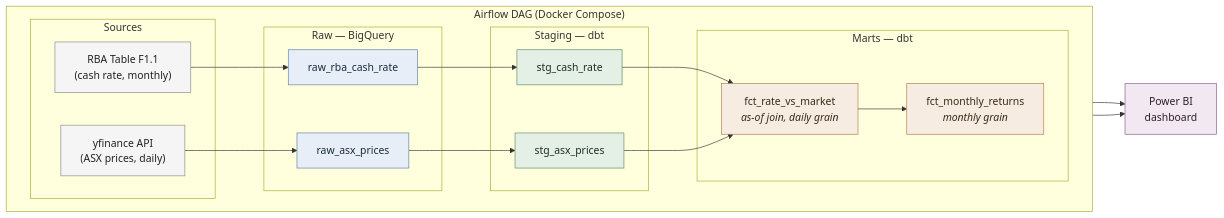
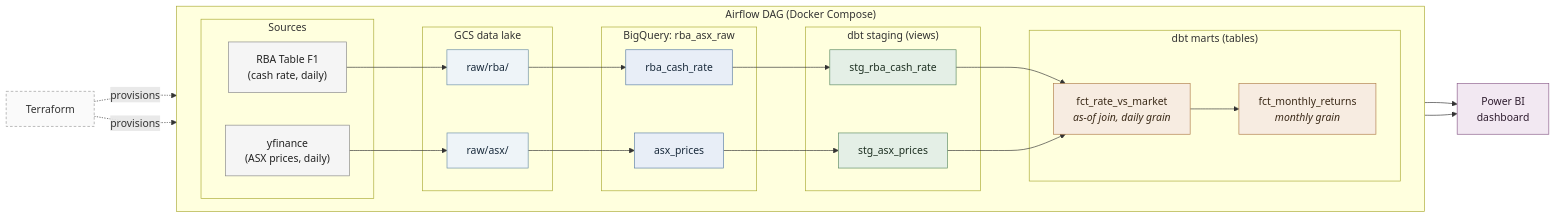
The diagram in README.md (nsen2000/rba-asx-data-pipeline-project), drawn with Mermaid before and after one commit. The commit also changed other lines of this file, not shown here.

````diff
--- a/README.md
+++ b/README.md
@@ -12,46 +17,57 @@
 ```mermaid
 graph LR
     subgraph Airflow["Airflow DAG (Docker Compose)"]
         direction LR
 
         subgraph Sources["Sources"]
-            RBA["RBA Table F1.1<br/>(cash rate, monthly)"]
-            YF["yfinance API<br/>(ASX prices, daily)"]
+            RBA["RBA Table F1<br/>(cash rate, daily)"]
+            YF["yfinance<br/>(ASX prices, daily)"]
         end
 
-        subgraph Raw["Raw — BigQuery"]
-            RAWRBA["raw_rba_cash_rate"]
-            RAWASX["raw_asx_prices"]
+        subgraph Lake["GCS data lake"]
+            GCSRBA["raw/rba/"]
+            GCSASX["raw/asx/"]
         end
 
-        subgraph Staging["Staging — dbt"]
-            STGRBA["stg_cash_rate"]
+        subgraph Raw["BigQuery: rba_asx_raw"]
+            RAWRBA["rba_cash_rate"]
+            RAWASX["asx_prices"]
+        end
+
+        subgraph Staging["dbt staging (views)"]
+            STGRBA["stg_rba_cash_rate"]
             STGASX["stg_asx_prices"]
         end
 
-        subgraph Marts["Marts — dbt"]
+        subgraph Marts["dbt marts (tables)"]
             FCT["fct_rate_vs_market<br/><i>as-of join, daily grain</i>"]
             MONTHLY["fct_monthly_returns<br/><i>monthly grain</i>"]
         end
     end
 
     PBI["Power BI<br/>dashboard"]
+    TF["Terraform"] -.provisions.-> Lake
+    TF -.provisions.-> Raw
 
-    RBA --> RAWRBA --> STGRBA --> FCT
-    YF --> RAWASX --> STGASX --> FCT
+    RBA --> GCSRBA --> RAWRBA --> STGRBA --> FCT
+    YF --> GCSASX --> RAWASX --> STGASX --> FCT
     FCT --> MONTHLY
     FCT --> PBI
     MONTHLY --> PBI
 
     classDef source fill:#f5f5f5,stroke:#888,color:#222
+    classDef lake fill:#eef4f8,stroke:#6b8fa6,color:#1a2b3c
     classDef raw fill:#e8eef7,stroke:#5b7fa6,color:#1a2b3c
     classDef stg fill:#e4efe6,stroke:#5c8a63,color:#1d2f21
     classDef mart fill:#f7ece1,stroke:#b07d4a,color:#3b2a18
     classDef bi fill:#f2e8f2,stroke:#8a5c8a,color:#2f1d2f
+    classDef infra fill:#fafafa,stroke:#999,color:#333,stroke-dasharray: 4 3
 
     class RBA,YF source
+    class GCSRBA,GCSASX lake
     class RAWRBA,RAWASX raw
     class STGRBA,STGASX stg
     class FCT,MONTHLY mart
     class PBI bi
+    class TF infra
 ```
````
